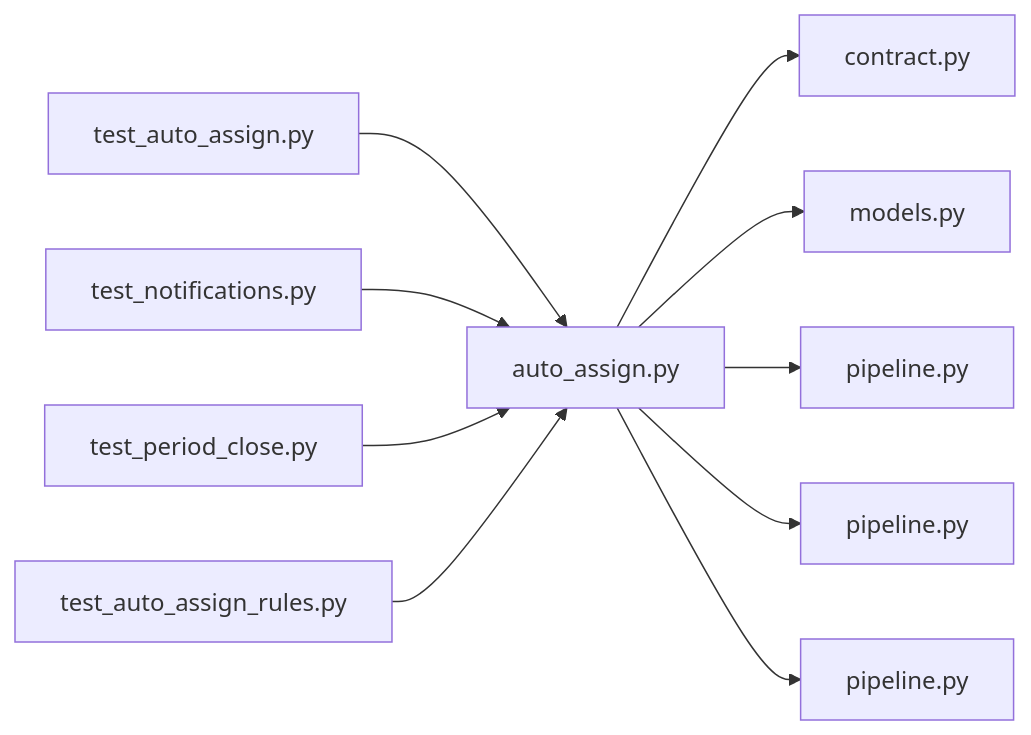
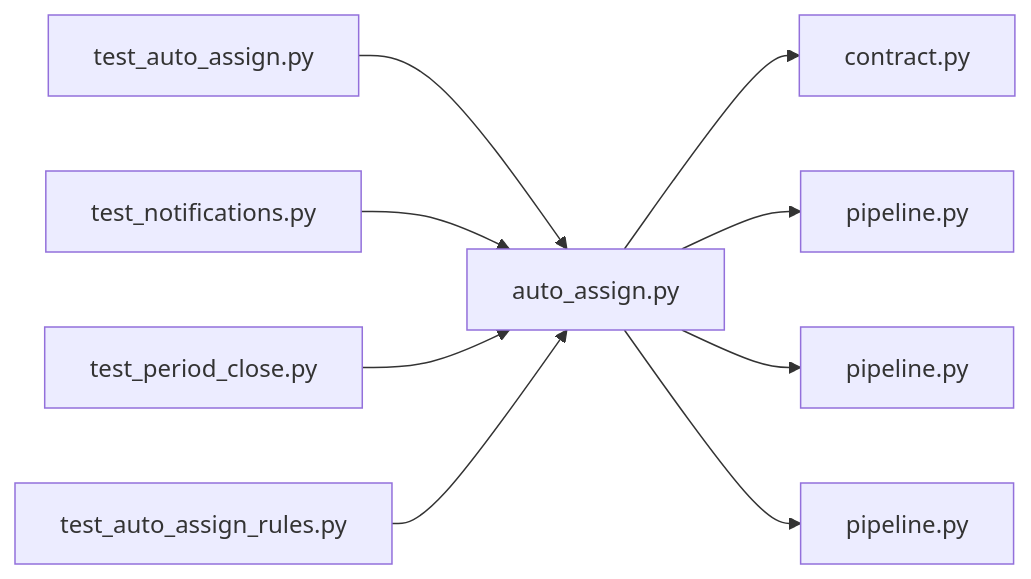
One commit to minkong-dev/Banblit changed the diagram in .cluedoc/graph/backend/src/backend/jobs/auto_assign.md. Above: the diagram before and after it, drawn with Mermaid. The commit also changed other lines of this file and 28 other files, not shown here.

````diff
--- a/.cluedoc/graph/backend/src/backend/jobs/auto_assign.md
+++ b/.cluedoc/graph/backend/src/backend/jobs/auto_assign.md
@@ -10,13 +10,12 @@
 ```mermaid
 flowchart LR
   backend_src_backend_jobs_auto_assign["auto_assign.py"]
   backend_src_backend_jobs_auto_assign --> backend_src_backend_contract["contract.py"]
-  backend_src_backend_jobs_auto_assign --> backend_src_backend_db_models["models.py"]
   backend_src_backend_jobs_auto_assign --> backend_src_backend_db_pipeline["pipeline.py"]
   backend_src_backend_jobs_auto_assign --> backend_src_backend_services_board_pipeline["pipeline.py"]
   backend_src_backend_jobs_auto_assign --> backend_src_backend_services_period_pipeline["pipeline.py"]
   backend_tests_integration_db_test_auto_assign["test_auto_assign.py"] --> backend_src_backend_jobs_auto_assign
   backend_tests_integration_db_test_notifications["test_notifications.py"] --> backend_src_backend_jobs_auto_assign
   backend_tests_integration_db_test_period_close["test_period_close.py"] --> backend_src_backend_jobs_auto_assign
   backend_tests_unit_test_auto_assign_rules["test_auto_assign_rules.py"] --> backend_src_backend_jobs_auto_assign
 ```
````
